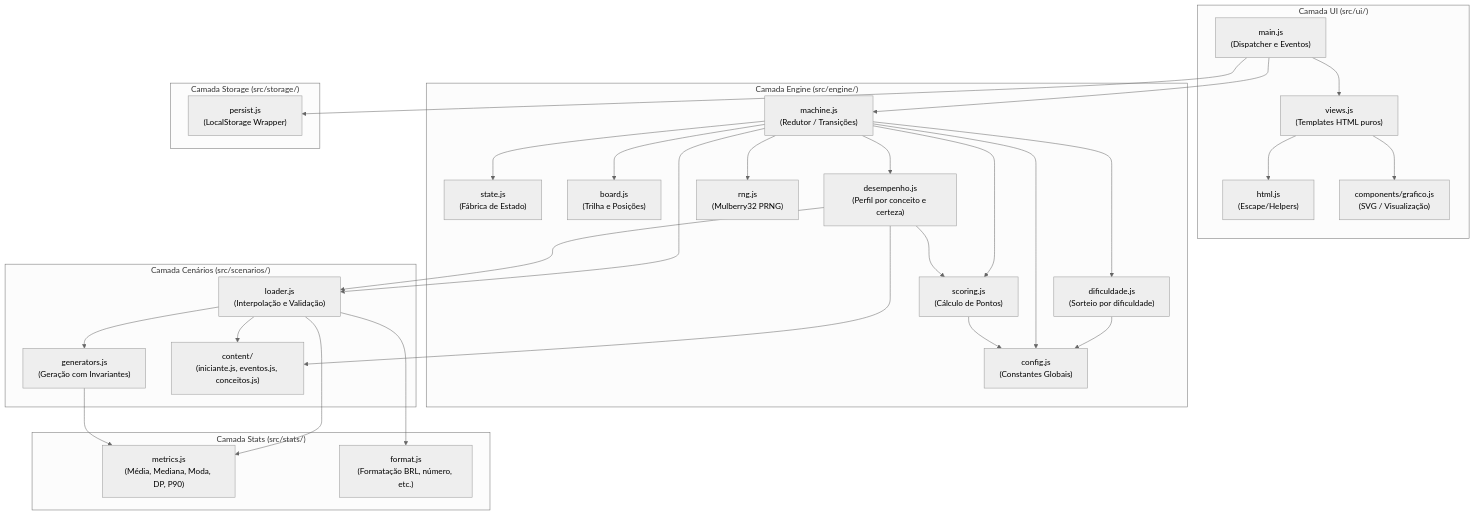
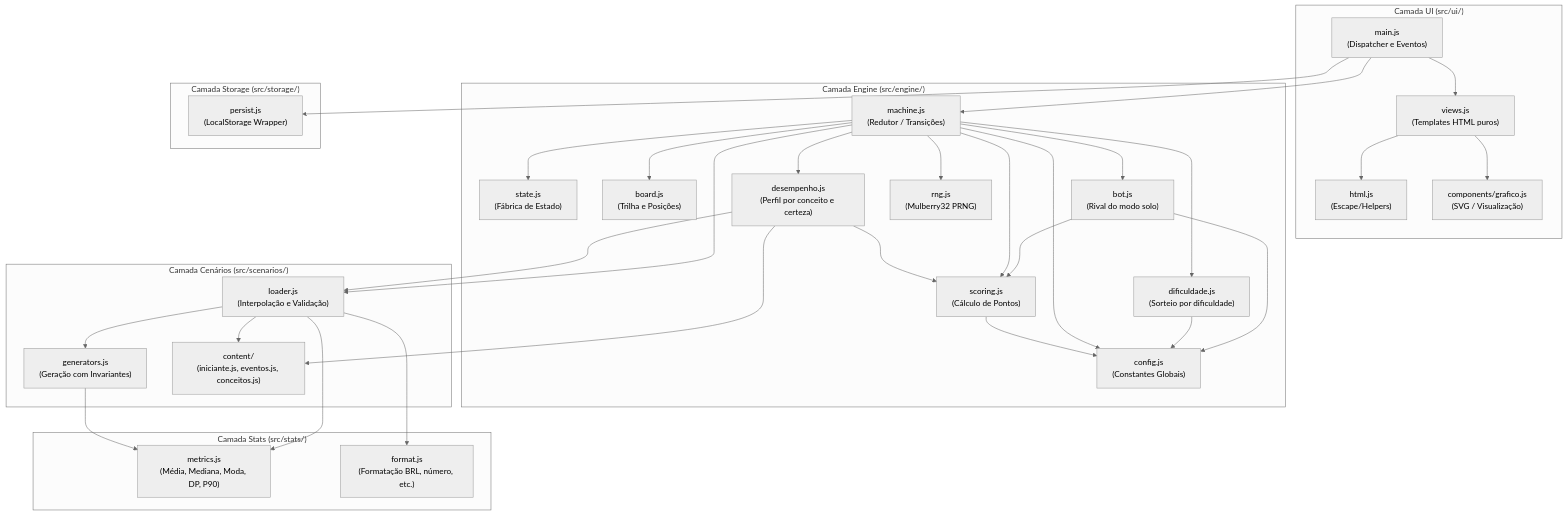
Before and after one commit to luiz2801/RFisher: the fourth of 4 diagrams in docs/diagramas-uml.md, drawn with Mermaid (neutral theme). The commit also changed other lines of this file and 12 other files, not shown here.

First line of the commit message:
feat: adiciona modo solo contra rival controlado pelo computador

````diff
--- a/docs/diagramas-uml.md
+++ b/docs/diagramas-uml.md
@@ -264,63 +279,67 @@
 ```mermaid
 graph TD
     subgraph UI_Layer["Camada UI (src/ui/)"]
         MAIN["main.js<br/>(Dispatcher e Eventos)"]
         VIEWS["views.js<br/>(Templates HTML puros)"]
         HTML["html.js<br/>(Escape/Helpers)"]
         GRAFICO["components/grafico.js<br/>(SVG / Visualização)"]
     end
 
     subgraph Engine_Layer["Camada Engine (src/engine/)"]
         MACHINE["machine.js<br/>(Redutor / Transições)"]
         STATE["state.js<br/>(Fábrica de Estado)"]
         BOARD["board.js<br/>(Trilha e Posições)"]
         DIFICULDADE["dificuldade.js<br/>(Sorteio por dificuldade)"]
+        BOT["bot.js<br/>(Rival do modo solo)"]
         SCORING["scoring.js<br/>(Cálculo de Pontos)"]
         DESEMPENHO["desempenho.js<br/>(Perfil por conceito e certeza)"]
         RNG["rng.js<br/>(Mulberry32 PRNG)"]
         CONFIG["config.js<br/>(Constantes Globais)"]
     end
 
     subgraph Scenarios_Layer["Camada Cenários (src/scenarios/)"]
         LOADER["loader.js<br/>(Interpolação e Validação)"]
         GENERATORS["generators.js<br/>(Geração com Invariantes)"]
         CONTENT["content/<br/>(iniciante.js, eventos.js, conceitos.js)"]
     end
 
     subgraph Stats_Layer["Camada Stats (src/stats/)"]
         METRICS["metrics.js<br/>(Média, Mediana, Moda, DP, P90)"]
         FORMAT["format.js<br/>(Formatação BRL, número, etc.)"]
     end
 
     subgraph Storage_Layer["Camada Storage (src/storage/)"]
         PERSIST["persist.js<br/>(LocalStorage Wrapper)"]
     end
 
     %% Relações
     MAIN --> MACHINE
     MAIN --> VIEWS
     MAIN --> PERSIST
     VIEWS --> GRAFICO
     VIEWS --> HTML
 
     MACHINE --> STATE
     MACHINE --> BOARD
     MACHINE --> DIFICULDADE
+    MACHINE --> BOT
+    BOT --> CONFIG
+    BOT --> SCORING
     DIFICULDADE --> CONFIG
     MACHINE --> SCORING
     MACHINE --> RNG
     MACHINE --> LOADER
     MACHINE --> CONFIG
     MACHINE --> DESEMPENHO
     DESEMPENHO --> SCORING
     DESEMPENHO --> LOADER
     DESEMPENHO --> CONTENT
 
     LOADER --> GENERATORS
     LOADER --> CONTENT
     LOADER --> METRICS
     LOADER --> FORMAT
 
     GENERATORS --> METRICS
     SCORING --> CONFIG
 ```
````
